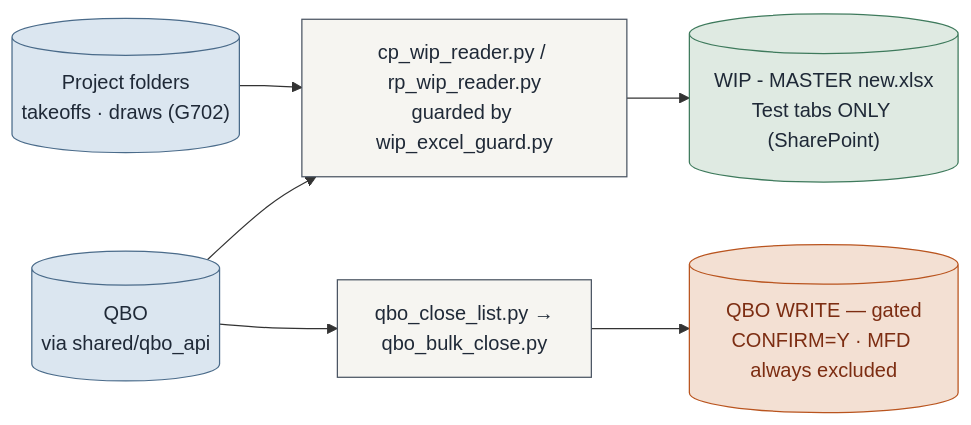
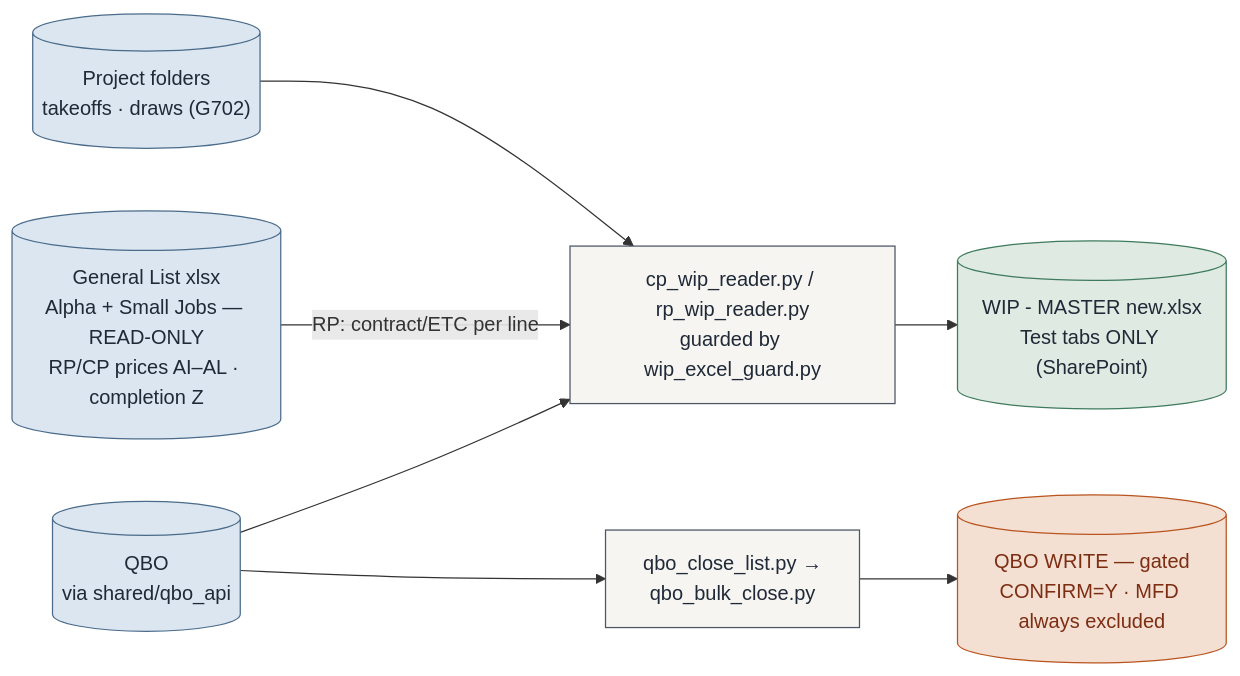
Before and after one commit to Ecarlo-Proficient/Claude-Report: the third of 4 diagrams in docs/ARCHITECTURE.md, drawn with Mermaid. The commit also changed other lines of this file and 4 other files, not shown here.

First line of the commit message:
Restore WIP readers v2 + pnl QBO links onto the clean branch; red-flag QBO activity on no-contract lines

````diff
--- a/docs/ARCHITECTURE.md
+++ b/docs/ARCHITECTURE.md
@@ -111,18 +111,20 @@
 ```mermaid
 flowchart LR
     classDef src fill:#dbe6f0,stroke:#4A6B8A,color:#1f2937
     classDef tool fill:#f6f5f1,stroke:#4b5563,color:#1f2937
     classDef out fill:#dfeae2,stroke:#3E7A5C,color:#1f2937
     classDef gate fill:#f3e0d3,stroke:#B9541E,color:#7c2d12
 
     FOLDERS[("Project folders\ntakeoffs · draws (G702)")]:::src
+    GL[("General List xlsx\nAlpha + Small Jobs — READ-ONLY\nRP/CP prices AI–AL · completion Z")]:::src
     QBO[("QBO\nvia shared/qbo_api")]:::src
     READERS["cp_wip_reader.py / rp_wip_reader.py\nguarded by wip_excel_guard.py"]:::tool
     TEST[("WIP - MASTER new.xlsx\nTest tabs ONLY (SharePoint)")]:::out
     CLOSE["qbo_close_list.py →\nqbo_bulk_close.py"]:::tool
     QW[("QBO WRITE — gated\nCONFIRM=Y · MFD always excluded")]:::gate
 
     FOLDERS --> READERS
+    GL -->|"RP: contract/ETC per line"| READERS
     QBO --> READERS --> TEST
     QBO --> CLOSE --> QW
 ```
````
